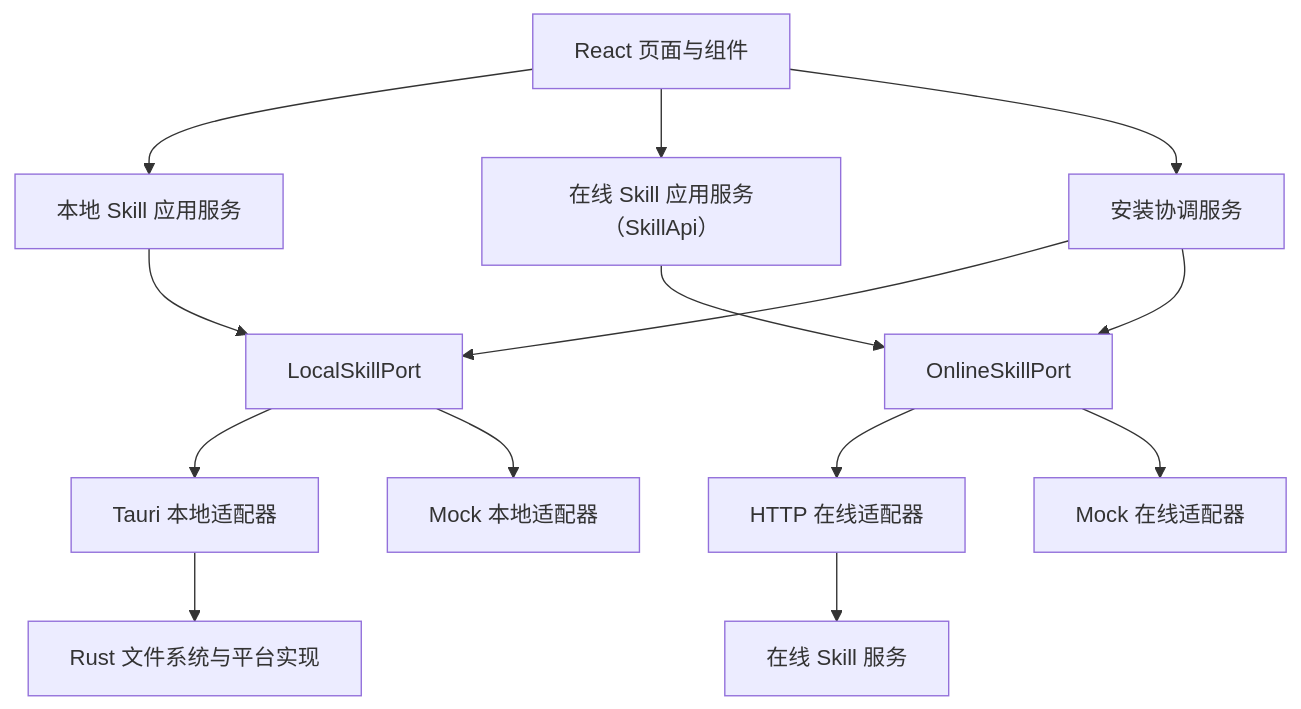
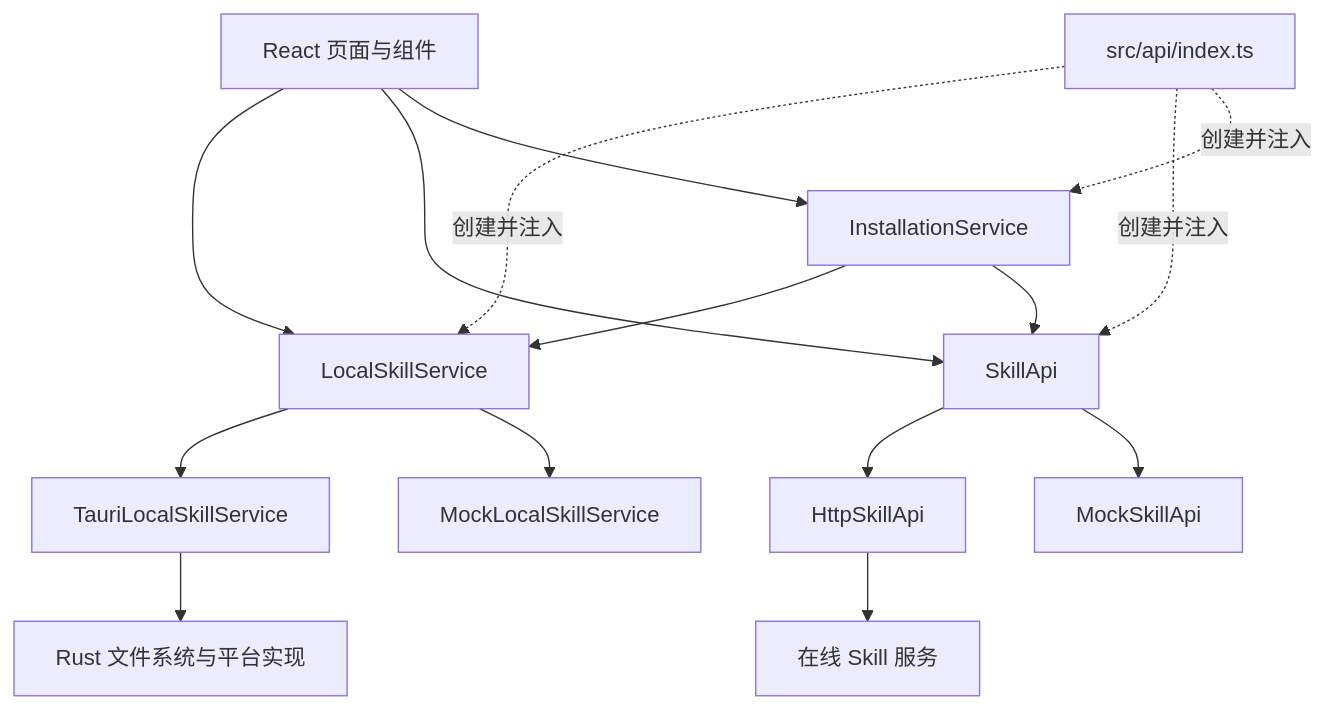
Before and after one commit to ranjingya/kocotree-skills-desktop: the diagram in docs/ARCHITECTURE.md, drawn with Mermaid. The commit also changed other lines of this file, not shown here.

````diff
--- a/docs/ARCHITECTURE.md
+++ b/docs/ARCHITECTURE.md
@@ -69,29 +108,29 @@
 ```mermaid
 flowchart TB
   UI["React 页面与组件"]
-  LocalApp["本地 Skill 应用服务"]
-  OnlineApp["在线 Skill 应用服务（SkillApi）"]
-  InstallApp["安装协调服务"]
-  LocalPort["LocalSkillPort"]
-  OnlinePort["OnlineSkillPort"]
-  TauriAdapter["Tauri 本地适配器"]
-  HttpAdapter["HTTP 在线适配器"]
-  MockLocal["Mock 本地适配器"]
-  MockOnline["Mock 在线适配器"]
+  InstallApp["InstallationService"]
+  LocalPort["LocalSkillService"]
+  OnlinePort["SkillApi"]
+  Composition["src/api/index.ts"]
+  TauriAdapter["TauriLocalSkillService"]
+  HttpAdapter["HttpSkillApi"]
+  MockLocal["MockLocalSkillService"]
+  MockOnline["MockSkillApi"]
   Rust["Rust 文件系统与平台实现"]
   Server["在线 Skill 服务"]
 
-  UI --> LocalApp
-  UI --> OnlineApp
+  UI --> LocalPort
+  UI --> OnlinePort
   UI --> InstallApp
-  LocalApp --> LocalPort
-  OnlineApp --> OnlinePort
   InstallApp --> LocalPort
   InstallApp --> OnlinePort
+  Composition -. "创建并注入" .-> LocalPort
+  Composition -. "创建并注入" .-> OnlinePort
+  Composition -. "创建并注入" .-> InstallApp
   LocalPort --> TauriAdapter
   LocalPort --> MockLocal
   OnlinePort --> HttpAdapter
   OnlinePort --> MockOnline
   TauriAdapter --> Rust
   HttpAdapter --> Server
 ```
````
